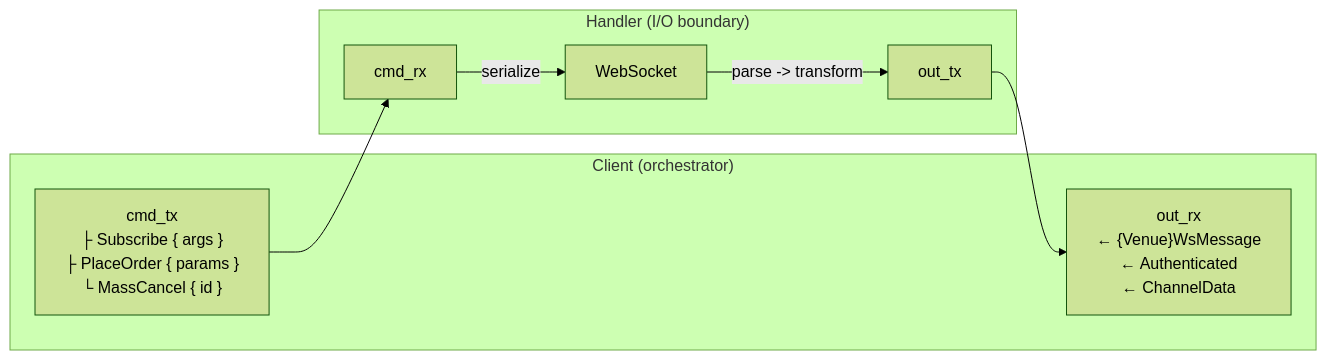
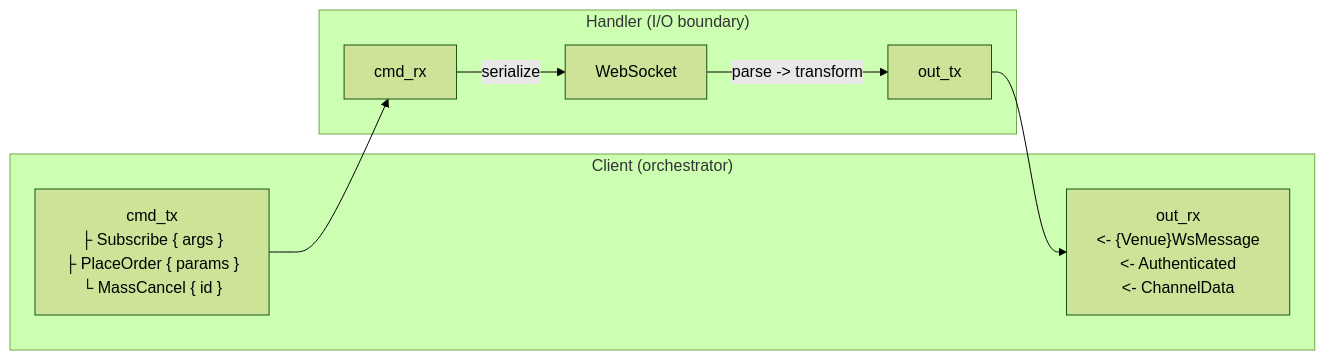
The second of 2 diagrams in skills/nt-adapters/references/guides/official_adapter_spec.md (brianmok888/nautilus-trader-dev-skill), drawn with Mermaid (forest theme) before and after one commit. The commit also changed other lines of this file and 171 other files, not shown here.

````diff
--- a/skills/nt-adapters/references/guides/official_adapter_spec.md
+++ b/skills/nt-adapters/references/guides/official_adapter_spec.md
@@ -986,18 +1960,18 @@
 ```mermaid
 flowchart LR
     subgraph client["Client (orchestrator)"]
         cmd_tx["cmd_tx<br/>├ Subscribe { args }<br/>├ PlaceOrder { params }<br/>└ MassCancel { id }"]
-        out_rx["out_rx<br/>← {Venue}WsMessage<br/>← Authenticated<br/>← ChannelData"]
+        out_rx["out_rx<br/><- {Venue}WsMessage<br/><- Authenticated<br/><- ChannelData"]
     end
 
     subgraph handler["Handler (I/O boundary)"]
         cmd_rx[cmd_rx]
         out_tx[out_tx]
         ws[WebSocket]
     end
 
     cmd_tx --> cmd_rx
     cmd_rx -->|"serialize"| ws
     ws -->|"parse -> transform"| out_tx
     out_tx --> out_rx
 ```
````
